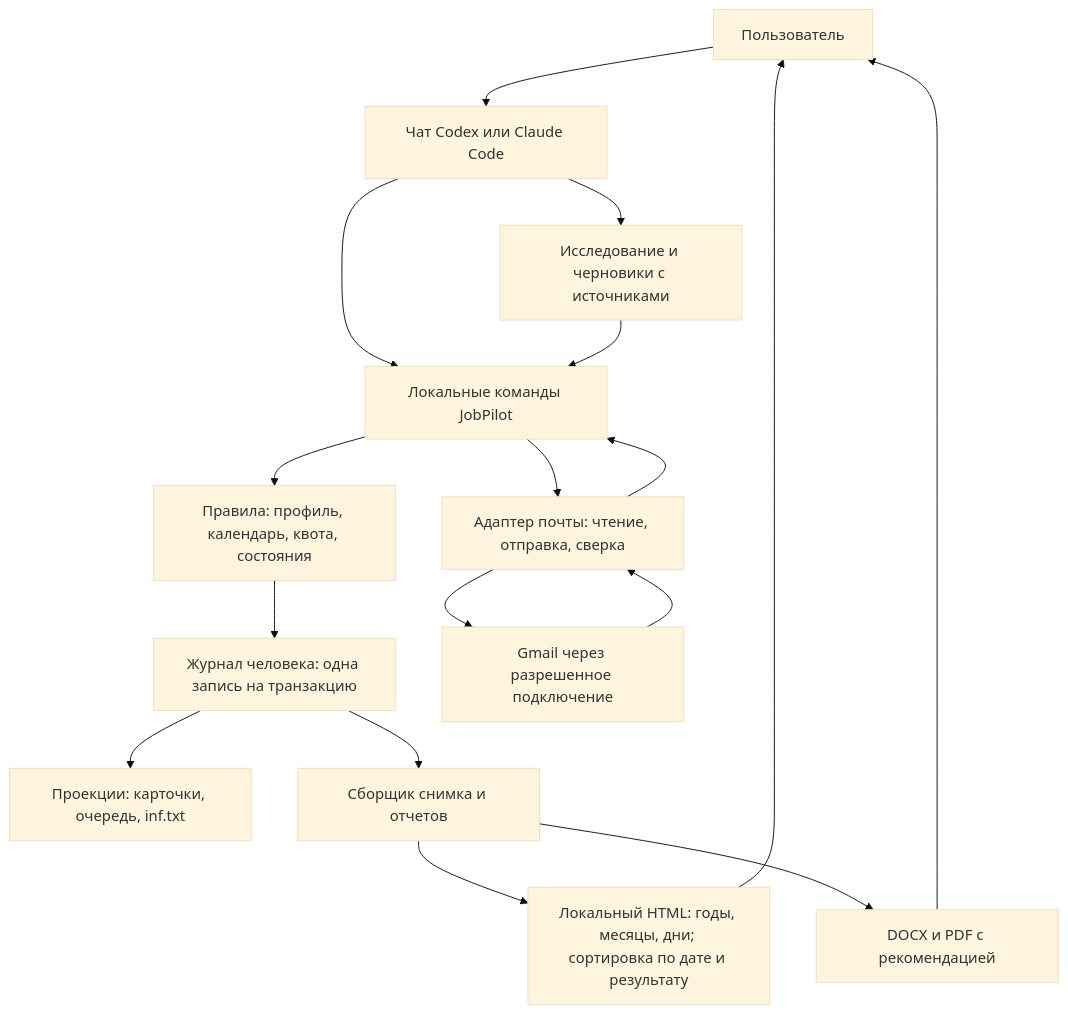
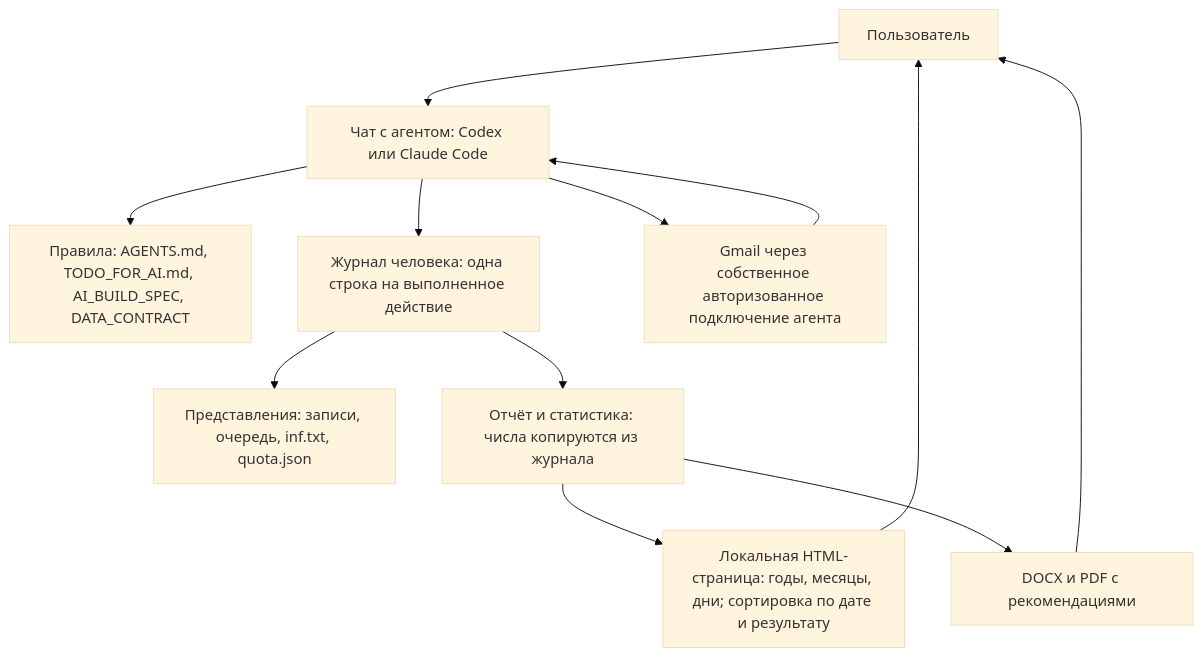
One commit to HomenSAI/homensai-jobpilot changed the diagram in docs/ru/ARCHITECTURE.md. Above: the diagram before and after it, drawn with Mermaid (base theme). The commit also changed other lines of this file and 31 other files, not shown here.

````diff
--- a/docs/ru/ARCHITECTURE.md
+++ b/docs/ru/ARCHITECTURE.md
@@ -15,19 +20,14 @@
 ```mermaid
 flowchart TD
-    U[Пользователь] --> A[Чат Codex или Claude Code]
-    A --> C[Локальные команды JobPilot]
-    A --> R[Исследование и черновики с источниками]
-    R --> C
-    C --> D[Правила: профиль, календарь, квота, состояния]
-    D --> J[Журнал человека: одна запись на транзакцию]
-    J --> P[Проекции: карточки, очередь, inf.txt]
-    C --> M[Адаптер почты: чтение, отправка, сверка]
-    M --> G[Gmail через разрешенное подключение]
-    G --> M
-    M --> C
-    J --> B[Сборщик снимка и отчетов]
-    B --> H[Локальный HTML: годы, месяцы, дни; сортировка по дате и результату]
-    B --> F[DOCX и PDF с рекомендацией]
+    U[Пользователь] --> A[Чат с агентом: Codex или Claude Code]
+    A --> R[Правила: AGENTS.md, TODO_FOR_AI.md, AI_BUILD_SPEC, DATA_CONTRACT]
+    A --> J[Журнал человека: одна строка на выполненное действие]
+    J --> P[Представления: записи, очередь, inf.txt, quota.json]
+    A --> M[Gmail через собственное авторизованное подключение агента]
+    M --> A
+    J --> B[Отчёт и статистика: числа копируются из журнала]
+    B --> H[Локальная HTML-страница: годы, месяцы, дни; сортировка по дате и результату]
+    B --> F[DOCX и PDF с рекомендациями]
     H --> U
     F --> U
 ```
````
